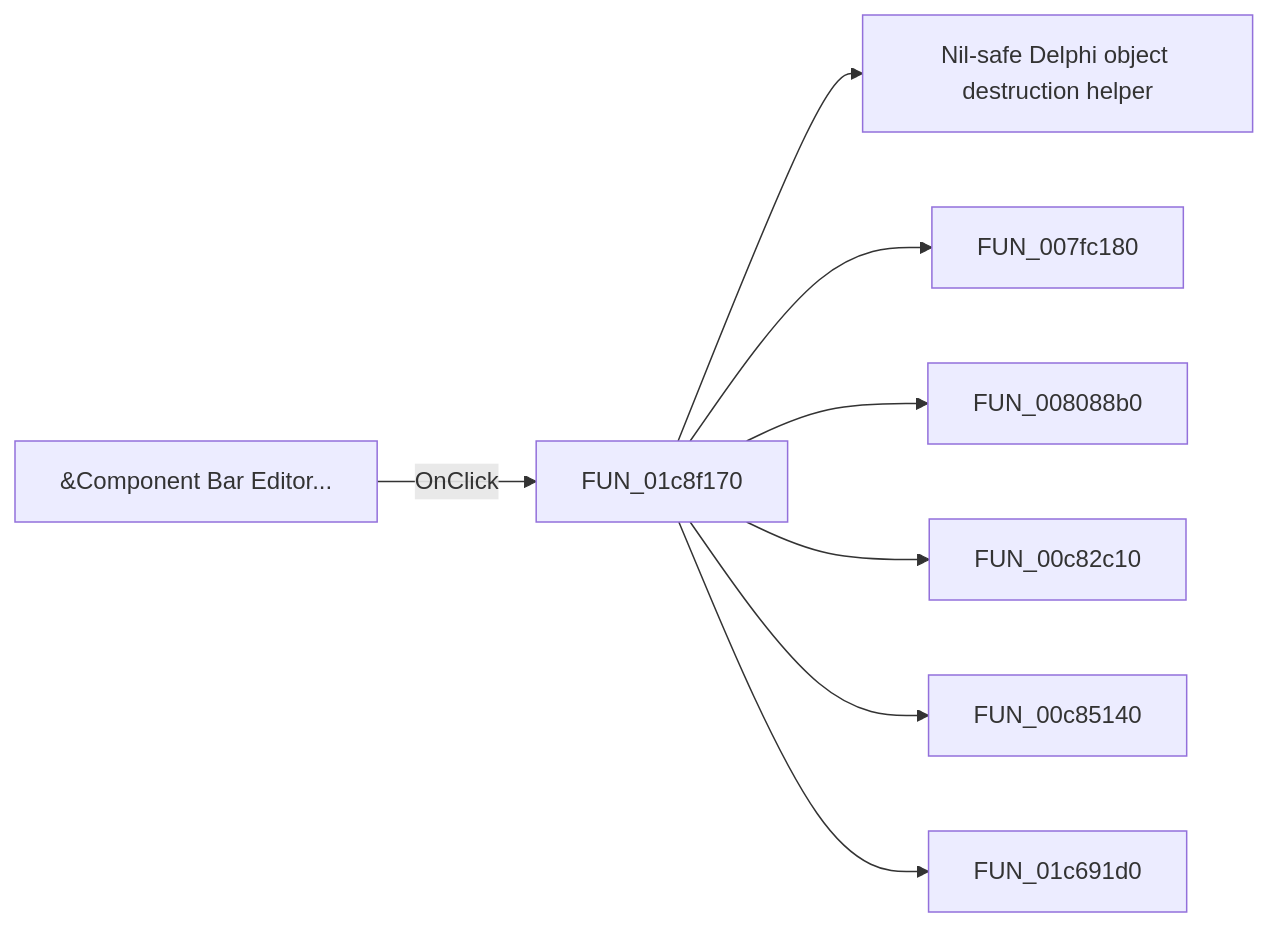
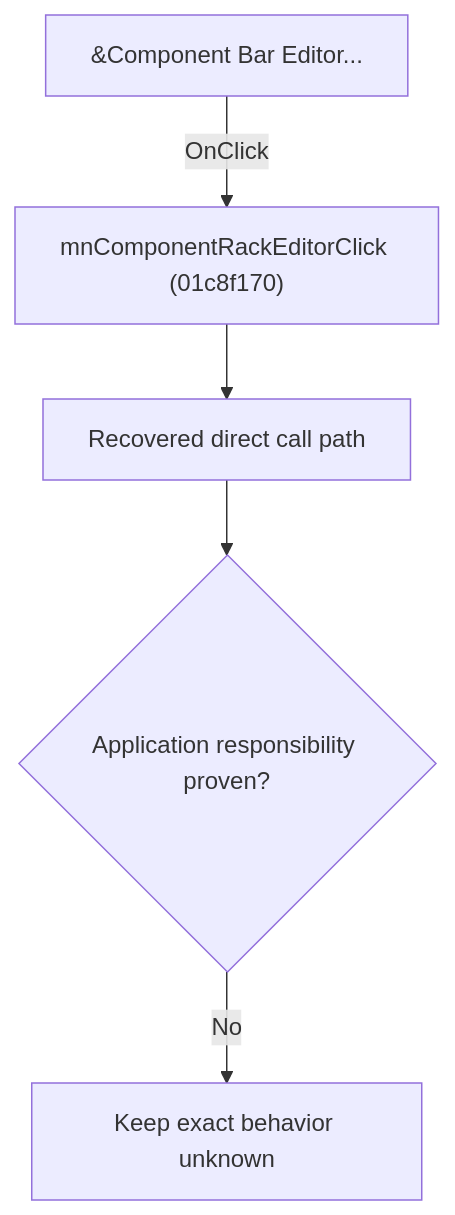
One commit to MovGP0/TIARA changed the diagram in docs/ui-controls/schematiceditor/mncomponentrackeditor-ee4ad86d32.md. Above: the diagram before and after it, drawn with Mermaid. The commit also changed other lines of this file and 1062 other files, not shown here.

````diff
--- a/docs/ui-controls/schematiceditor/mncomponentrackeditor-ee4ad86d32.md
+++ b/docs/ui-controls/schematiceditor/mncomponentrackeditor-ee4ad86d32.md
@@ -27,10 +27,7 @@
 ```mermaid
-flowchart LR
-    control["&Component Bar Editor..."] -->|OnClick| handler["FUN_01c8f170"]
-    handler --> call1["Nil-safe Delphi object destruction helper"]
-    handler --> call2["FUN_007fc180"]
-    handler --> call3["FUN_008088b0"]
-    handler --> call4["FUN_00c82c10"]
-    handler --> call5["FUN_00c85140"]
-    handler --> call6["FUN_01c691d0"]
+flowchart TD
+    control["&Component Bar Editor..."] -->|"OnClick"| handler["mnComponentRackEditorClick (01c8f170)"]
+    handler --> recovered["Recovered direct call path"]
+    recovered --> gap{"Application responsibility proven?"}
+    gap -->|"No"| blocked["Keep exact behavior unknown"]
 ```
````
